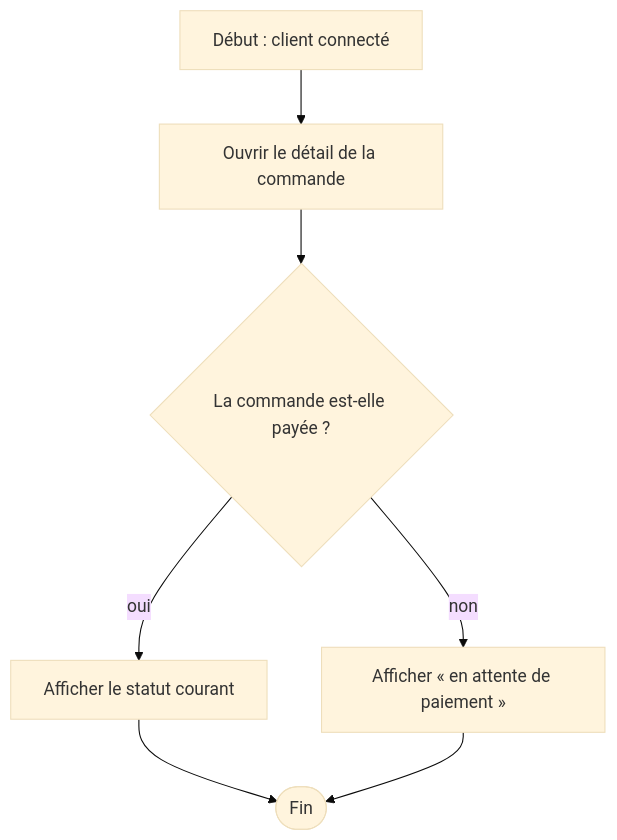
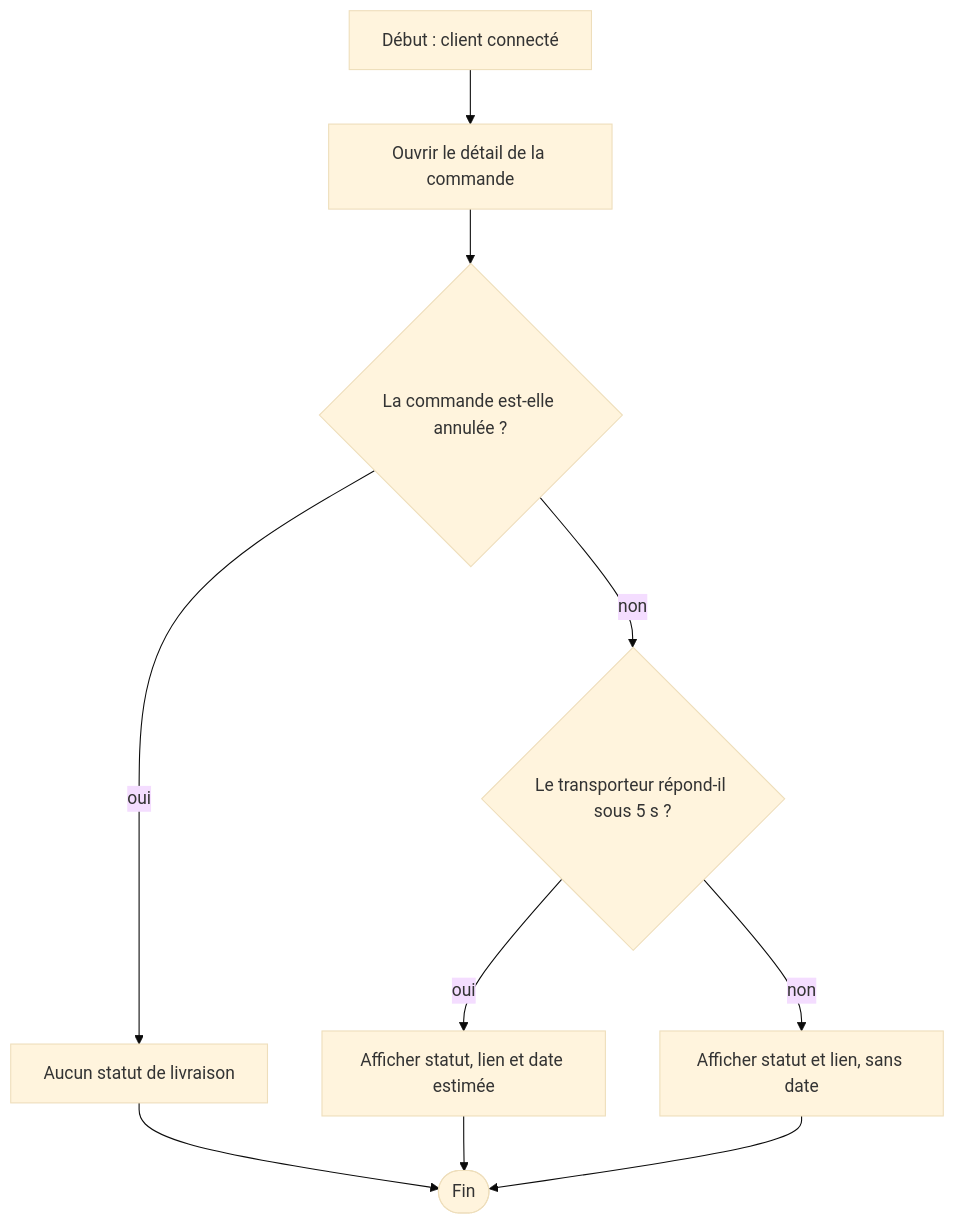
Before and after one commit to matleg29/Agent-ticket: the diagram in docs/03-demander-un-ticket.md, drawn with Mermaid (base theme). The commit also changed other lines of this file and 12 other files, not shown here.

````diff
--- a/docs/03-demander-un-ticket.md
+++ b/docs/03-demander-un-ticket.md
@@ -146,9 +196,12 @@
 ```mermaid
 flowchart TD
   A["Début : client connecté"] --> B["Ouvrir le détail de la commande"]
-  B --> C{"La commande est-elle payée ?"}
-  C -->|oui| D["Afficher le statut courant"]
-  C -->|non| E["Afficher « en attente de paiement »"]
-  D --> F(["Fin"])
-  E --> F
+  B --> C{"La commande est-elle annulée ?"}
+  C -->|oui| D["Aucun statut de livraison"]
+  C -->|non| E{"Le transporteur répond-il sous 5 s ?"}
+  E -->|oui| F["Afficher statut, lien et date estimée"]
+  E -->|non| G["Afficher statut et lien, sans date"]
+  D --> H(["Fin"])
+  F --> H
+  G --> H
 ```
````
